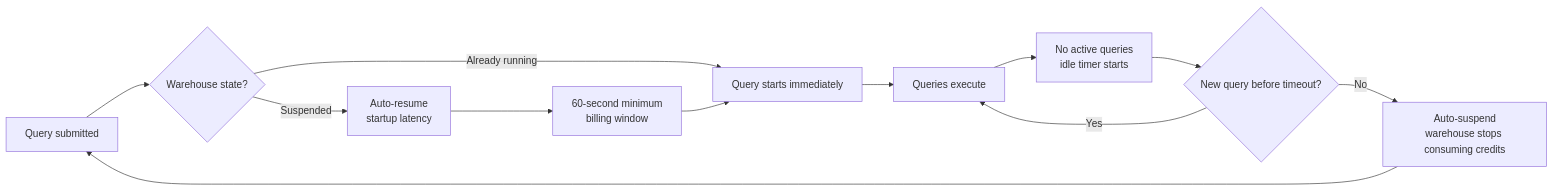
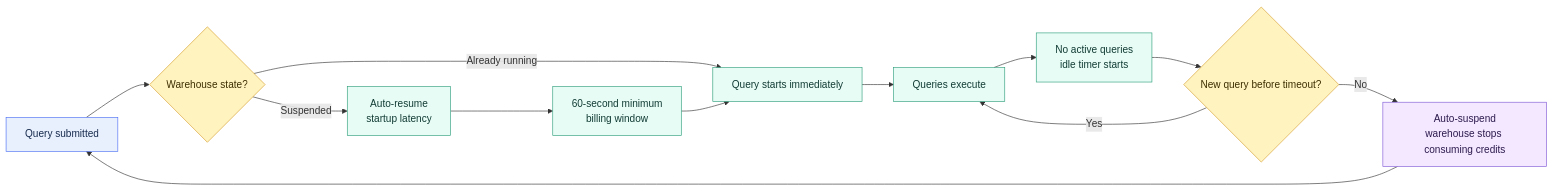
The diagram in 01 Snowflake/06 Cost Management and Operations/46 Warehouse Scheduling and Auto-suspend.md (shonningsoy/Upskill), drawn with Mermaid before and after one commit. The commit also changed other lines of this file and 4 other files, not shown here.

````diff
--- a/01 Snowflake/06 Cost Management and Operations/46 Warehouse Scheduling and Auto-suspend.md
+++ b/01 Snowflake/06 Cost Management and Operations/46 Warehouse Scheduling and Auto-suspend.md
@@ -80,14 +83,24 @@
 ```mermaid
 flowchart LR
     Q["Query submitted"] --> STATE{"Warehouse state?"}
     STATE -->|"Already running"| RUN["Query starts immediately"]
     STATE -->|"Suspended"| RESUME["Auto-resume<br/>startup latency"]
     RESUME --> MIN["60-second minimum<br/>billing window"]
     MIN --> RUN
     RUN --> WORK["Queries execute"]
     WORK --> IDLE["No active queries<br/>idle timer starts"]
     IDLE --> GAP{"New query before timeout?"}
     GAP -->|"Yes"| WORK
     GAP -->|"No"| SUSPEND["Auto-suspend<br/>warehouse stops consuming credits"]
     SUSPEND --> Q
+
+    classDef input fill:#E8F0FE,stroke:#4C6EF5,color:#172B4D
+    classDef control fill:#FFF3BF,stroke:#D69E2E,color:#3D2E00
+    classDef snowflake fill:#E6FCF5,stroke:#2F9E7B,color:#123C34
+    classDef platform fill:#F1F3F5,stroke:#868E96,color:#212529
+    classDef output fill:#F3E8FF,stroke:#805AD5,color:#2D1B4E
+    class Q input
+    class STATE,GAP control
+    class RESUME,MIN,RUN,WORK,IDLE snowflake
+    class SUSPEND output
 ```
````
